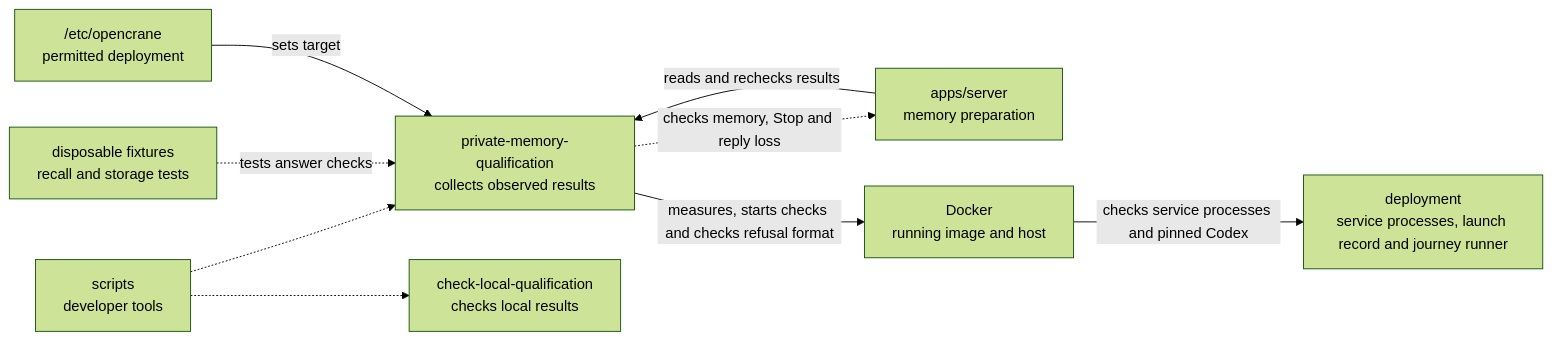
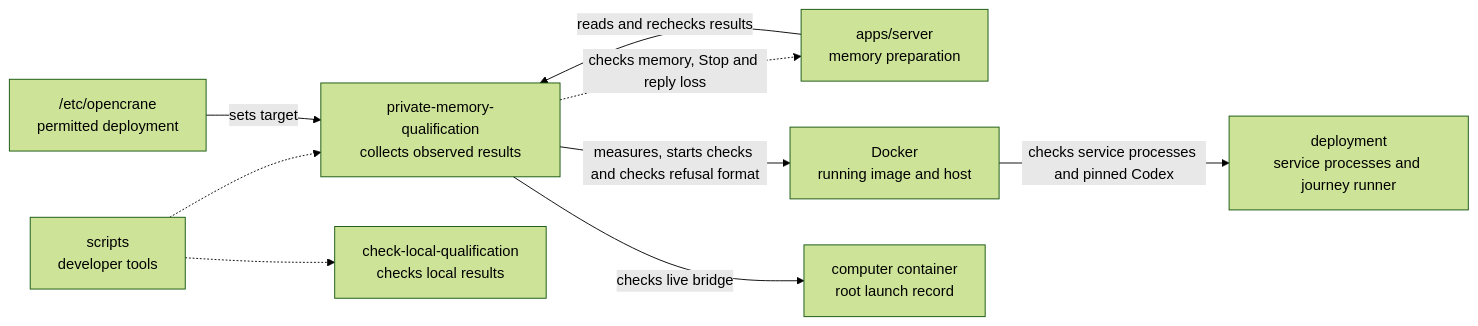
The diagram in scripts/private-memory-qualification/README.md (elewa-git/opencrane-new), drawn with Mermaid (forest theme) before and after one commit. The commit also changed other lines of this file and 9 other files, not shown here.

Commit message:
🔒 Prove the live bridge inside its computer container

````diff
--- a/scripts/private-memory-qualification/README.md
+++ b/scripts/private-memory-qualification/README.md
@@ -18,11 +18,11 @@
 ```mermaid
 flowchart LR
   scripts["scripts<br/>developer tools"] -.-> collector["private-memory-qualification<br/>collects observed results"]
-  fixtures["disposable fixtures<br/>recall and storage tests"] -.->|tests answer checks| collector
   scripts -.-> sibling["check-local-qualification<br/>checks local results"]
   server["apps/server<br/>memory preparation"] -->|reads and rechecks results| collector
   collector -.->|checks memory, Stop and reply loss| server
   config["/etc/opencrane<br/>permitted deployment"] -->|sets target| collector
   collector -->|measures, starts checks and checks refusal format| docker["Docker<br/>running image and host"]
-  docker -->|checks service processes and pinned Codex| deployment["deployment<br/>service processes, launch record and journey runner"]
+  docker -->|checks service processes and pinned Codex| deployment["deployment<br/>service processes and journey runner"]
+  collector -->|checks live bridge| computer["computer container<br/>root launch record"]
 ```
````
